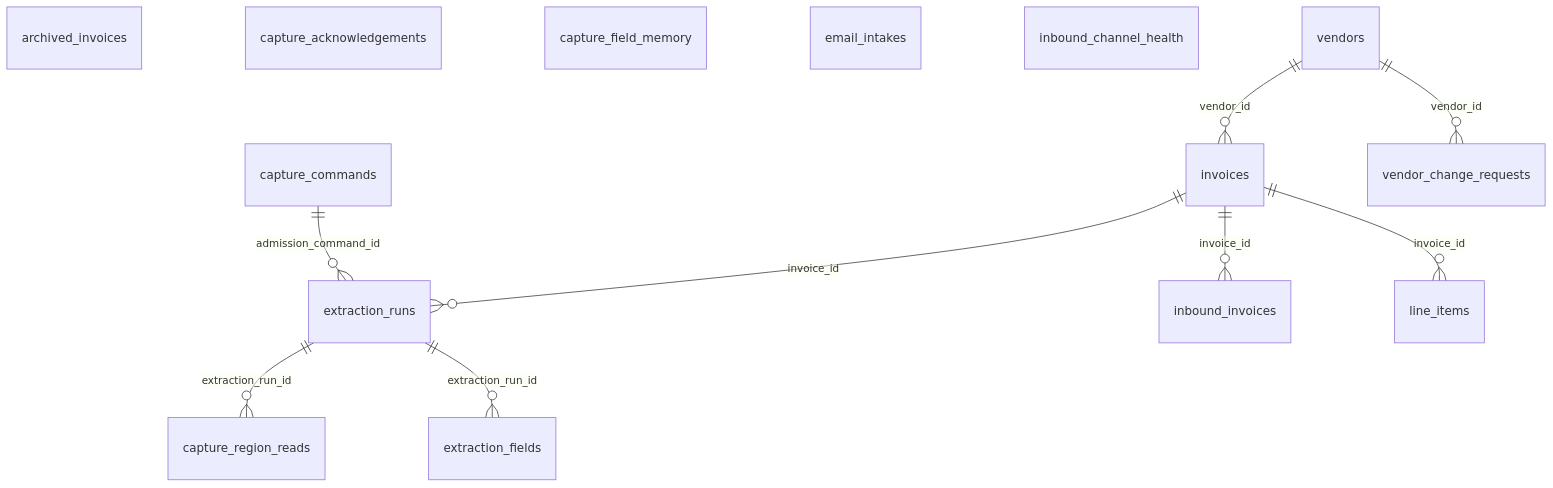
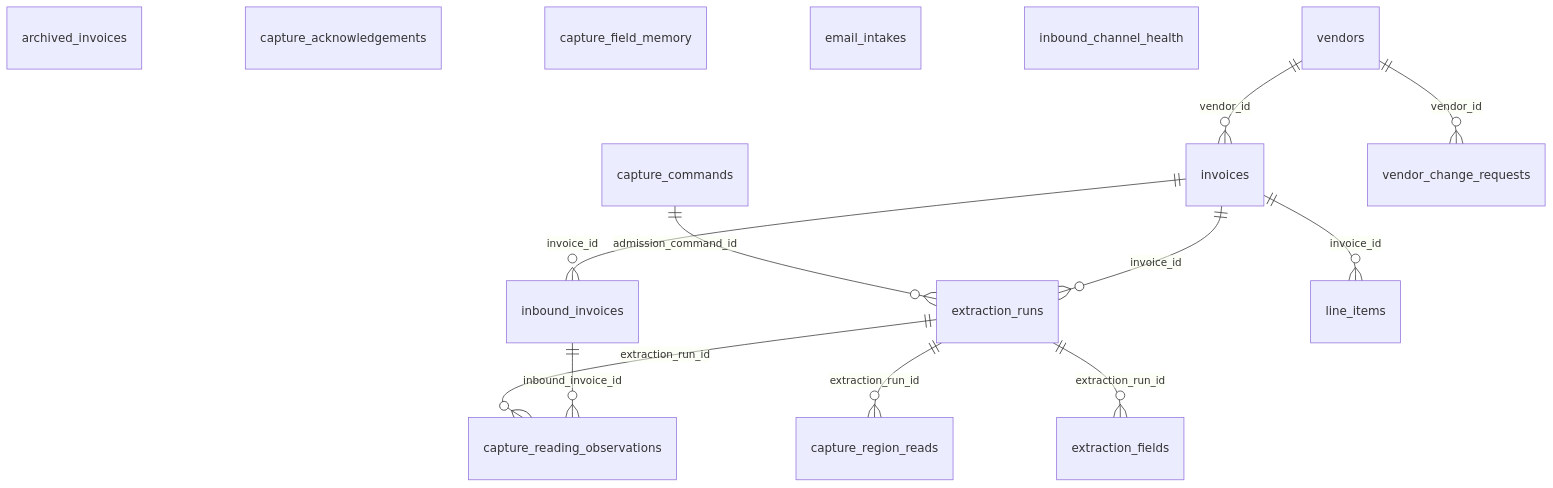
One commit to kristapsgoncoronoks-ship-it/SME-financial-workspace changed the second of 10 diagrams in docs/architecture/data-model-erd.md. Above: the diagram before and after it, drawn with Mermaid. The commit also changed other lines of this file and 8 other files, not shown here.

Commit message:
test: qualify published reading facts and preserve the full163 graph

````diff
--- a/docs/architecture/data-model-erd.md
+++ b/docs/architecture/data-model-erd.md
@@ -84,21 +84,23 @@
 ```mermaid
 erDiagram
   archived_invoices {
   }
   capture_acknowledgements {
   }
   capture_field_memory {
   }
   email_intakes {
   }
   inbound_channel_health {
   }
   capture_commands ||--o{ extraction_runs : "admission_command_id"
+  extraction_runs ||--o{ capture_reading_observations : "extraction_run_id"
   extraction_runs ||--o{ capture_region_reads : "extraction_run_id"
   extraction_runs ||--o{ extraction_fields : "extraction_run_id"
+  inbound_invoices ||--o{ capture_reading_observations : "inbound_invoice_id"
   invoices ||--o{ extraction_runs : "invoice_id"
   invoices ||--o{ inbound_invoices : "invoice_id"
   invoices ||--o{ line_items : "invoice_id"
   vendors ||--o{ invoices : "vendor_id"
   vendors ||--o{ vendor_change_requests : "vendor_id"
 ```
````
